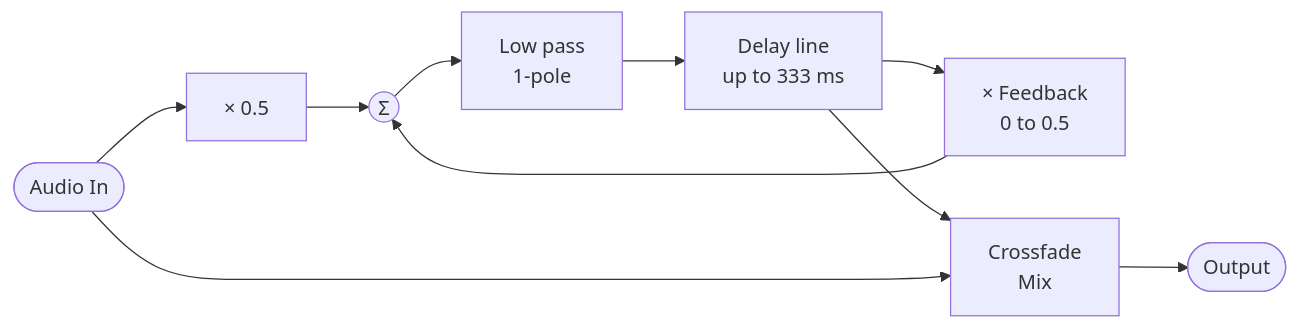
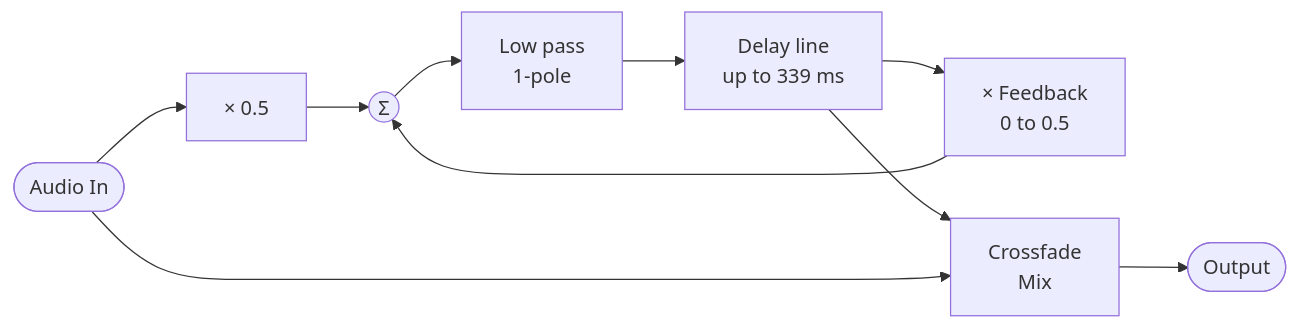
Before and after one commit to risgk/midi_synthesizer_spms1: the fifth of 5 diagrams in spms1_type1/README.md, drawn with Mermaid. The commit also changed other lines of this file and 6 other files, not shown here.

````diff
--- a/spms1_type1/README.md
+++ b/spms1_type1/README.md
@@ -259,12 +259,12 @@
 ```mermaid
 flowchart LR
   IN([Audio In]) --> H["× 0.5"]
   H --> SUM((Σ))
   SUM --> LPF["Low pass<br/>1-pole"]
-  LPF --> DL["Delay line<br/>up to 333 ms"]
+  LPF --> DL["Delay line<br/>up to 339 ms"]
   DL --> FB["× Feedback<br/>0 to 0.5"]
   FB --> SUM
   DL --> X["Crossfade<br/>Mix"]
   IN --> X
   X --> OUT([Output])
 ```
````
